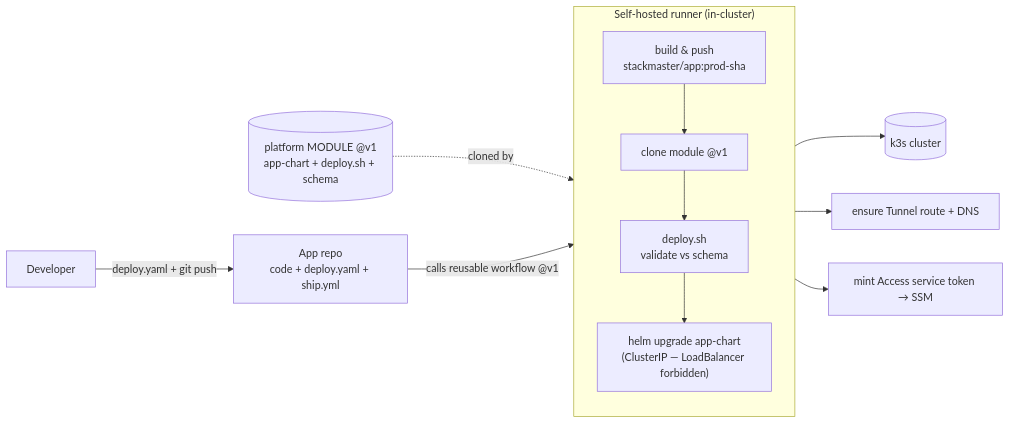
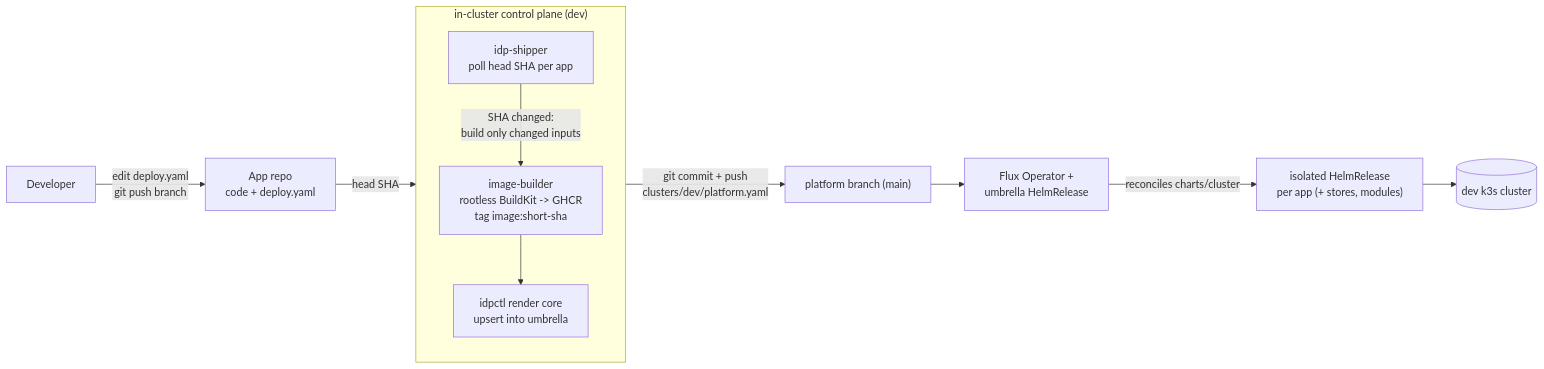
Before and after one commit to Yscale-sh/idp: the third of 4 diagrams in docs/DIAGRAMS.md, drawn with Mermaid. The commit also changed other lines of this file and 19 other files, not shown here.

````diff
--- a/docs/DIAGRAMS.md
+++ b/docs/DIAGRAMS.md
@@ -58,14 +77,17 @@
 ```mermaid
 flowchart LR
-  DEV["Developer"] -->|"deploy.yaml + git push"| APP["App repo<br/>code + deploy.yaml + ship.yml"]
-  MOD[("platform MODULE @v1<br/>app-chart + deploy.sh + schema")]
-  APP -->|"calls reusable workflow @v1"| R
-  subgraph R["Self-hosted runner (in-cluster)"]
+  DEV["Developer"] -->|"edit deploy.yaml<br/>git push branch"| APP["App repo<br/>code + deploy.yaml"]
+  subgraph CTRL["in-cluster control plane (dev)"]
     direction TB
-    B["build & push<br/>stackmaster/app:prod-sha"] --> C["clone module @v1"] --> V["deploy.sh<br/>validate vs schema"] --> HU["helm upgrade app-chart<br/>(ClusterIP — LoadBalancer forbidden)"]
+    SHIP["idp-shipper<br/>poll head SHA per app"]
+    BLD["image-builder<br/>rootless BuildKit -> GHCR<br/>tag image:short-sha"]
+    REN["idpctl render core<br/>upsert into umbrella"]
+    SHIP -->|"SHA changed:<br/>build only changed inputs"| BLD
+    BLD --> REN
   end
-  MOD -. "cloned by" .-> C
-  HU --> CLU[("k3s cluster")]
-  V --> TR["ensure Tunnel route + DNS"]
-  V --> ST["mint Access service token → SSM"]
+  APP -->|"head SHA"| SHIP
+  REN -->|"git commit + push<br/>clusters/dev/platform.yaml"| BR["platform branch (main)"]
+  BR --> FLUX["Flux Operator +<br/>umbrella HelmRelease"]
+  FLUX -->|"reconciles charts/cluster"| HR["isolated HelmRelease<br/>per app (+ stores, modules)"]
+  HR --> CLU[("dev k3s cluster")]
 ```
````
